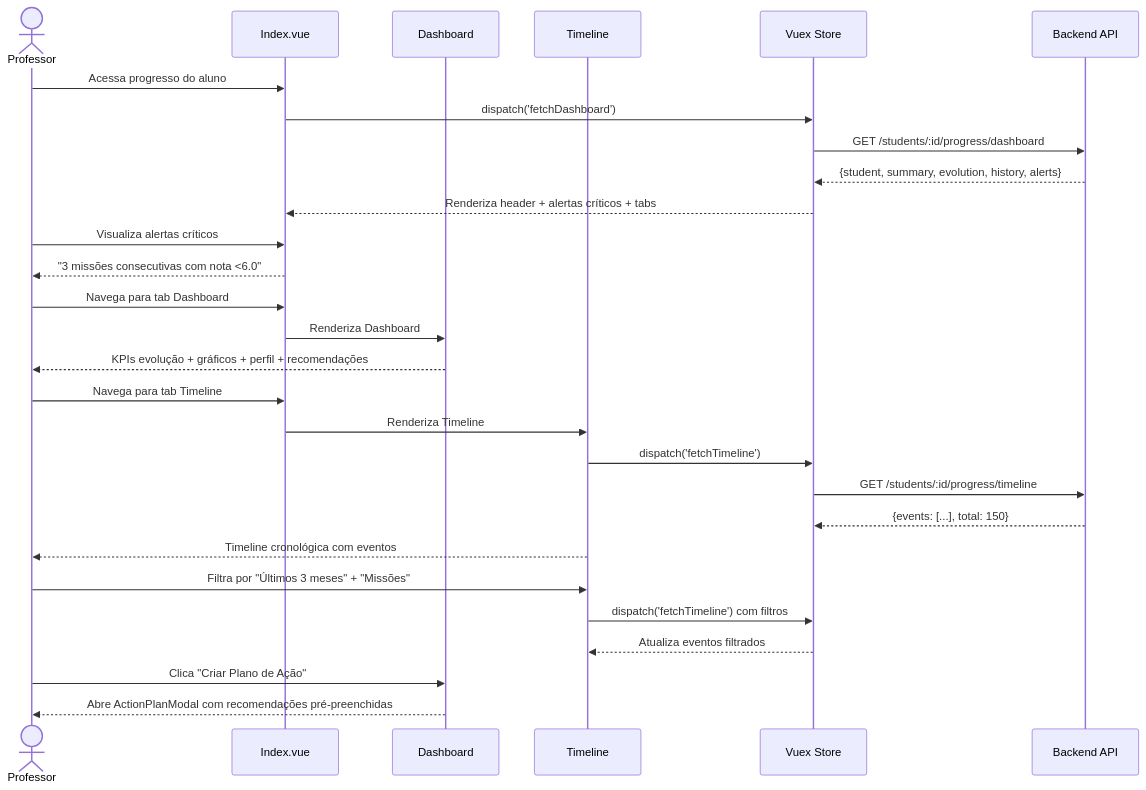
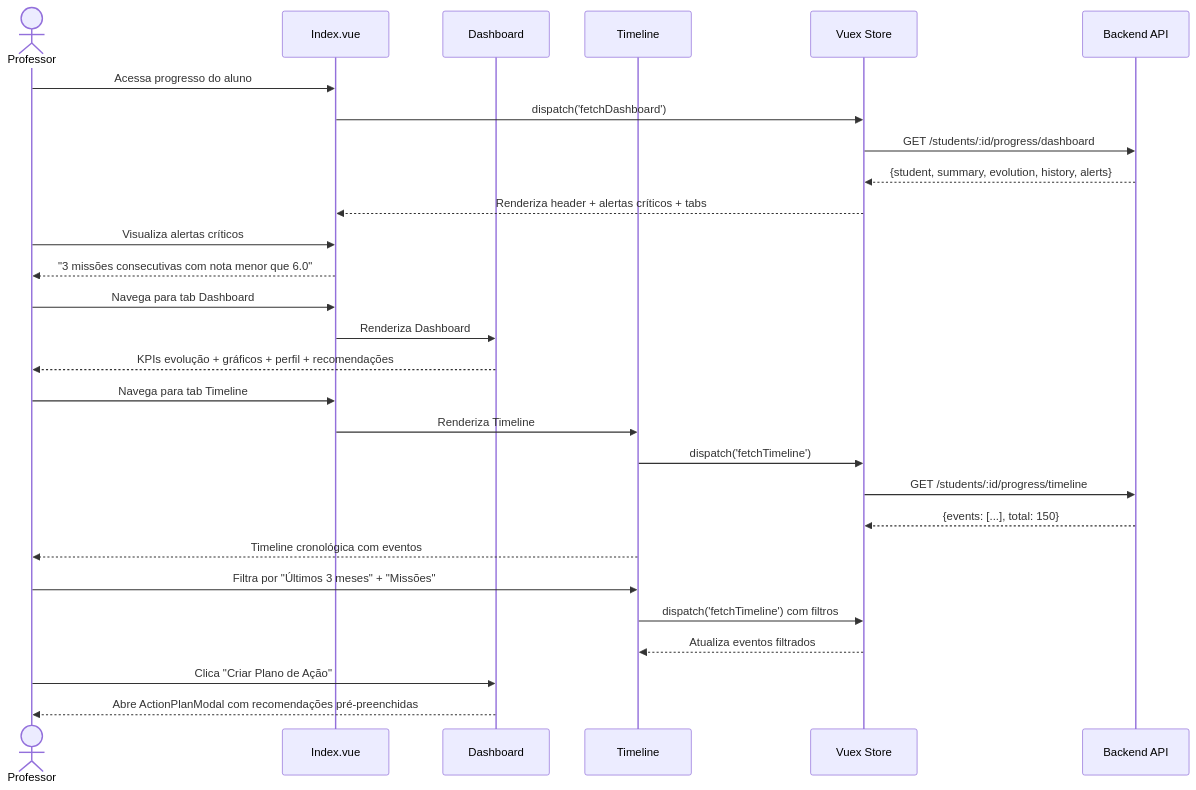
The diagram in documentation/docs/journeys/teacher/student-progress-tracking.md (fabioeducacross/Ambiente_de_Prototipacao_V5), drawn with Mermaid before and after one commit. The commit also changed 97 other files, not shown here.

````diff
--- a/documentation/docs/journeys/teacher/student-progress-tracking.md
+++ b/documentation/docs/journeys/teacher/student-progress-tracking.md
@@ -1001,36 +1001,36 @@
 ```mermaid
 sequenceDiagram
     actor Prof as Professor
     participant Index as Index.vue
     participant Dash as Dashboard
     participant Timeline as Timeline
     participant Store as Vuex Store
     participant API as Backend API
 
     Prof->>Index: Acessa progresso do aluno
     Index->>Store: dispatch('fetchDashboard')
     Store->>API: GET /students/:id/progress/dashboard
     API-->>Store: {student, summary, evolution, history, alerts}
     Store-->>Index: Renderiza header + alertas críticos + tabs
 
     Prof->>Index: Visualiza alertas críticos
-    Index-->>Prof: "3 missões consecutivas com nota <6.0"
+    Index-->>Prof: "3 missões consecutivas com nota menor que 6.0"
 
     Prof->>Index: Navega para tab Dashboard
     Index->>Dash: Renderiza Dashboard
     Dash-->>Prof: KPIs evolução + gráficos + perfil + recomendações
 
     Prof->>Index: Navega para tab Timeline
     Index->>Timeline: Renderiza Timeline
     Timeline->>Store: dispatch('fetchTimeline')
     Store->>API: GET /students/:id/progress/timeline
     API-->>Store: {events: [...], total: 150}
     Timeline-->>Prof: Timeline cronológica com eventos
 
     Prof->>Timeline: Filtra por "Últimos 3 meses" + "Missões"
     Timeline->>Store: dispatch('fetchTimeline') com filtros
     Store-->>Timeline: Atualiza eventos filtrados
 
     Prof->>Dash: Clica "Criar Plano de Ação"
     Dash-->>Prof: Abre ActionPlanModal com recomendações pré-preenchidas
 ```
````
